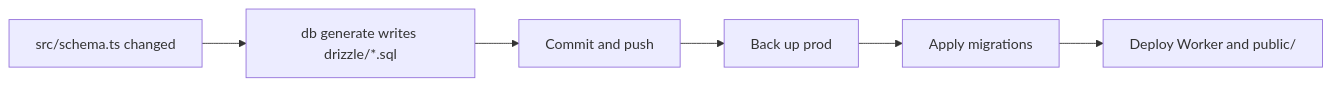
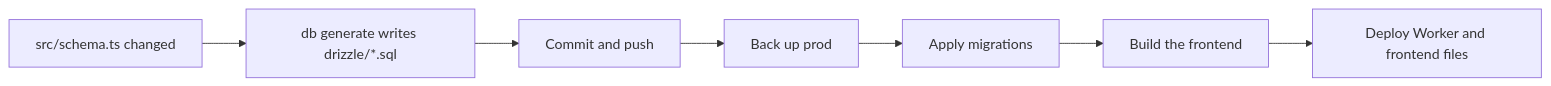
Before and after one commit to celsoft-com/platform: the second of 2 diagrams in docs/how-it-works.md, drawn with Mermaid. The commit also changed other lines of this file and 13 other files, not shown here.

First line of the commit message:
feat: build the frontend before deploy, and run its dev server in dev

````diff
--- a/docs/how-it-works.md
+++ b/docs/how-it-works.md
@@ -61,8 +61,9 @@
 ```mermaid
 flowchart LR
   T[src/schema.ts changed] --> D[db generate writes drizzle/*.sql]
   D --> C[Commit and push]
   C --> B[Back up prod]
   B --> M[Apply migrations]
-  M --> W[Deploy Worker and public/]
+  M --> F[Build the frontend]
+  F --> W[Deploy Worker and frontend files]
 ```
````
